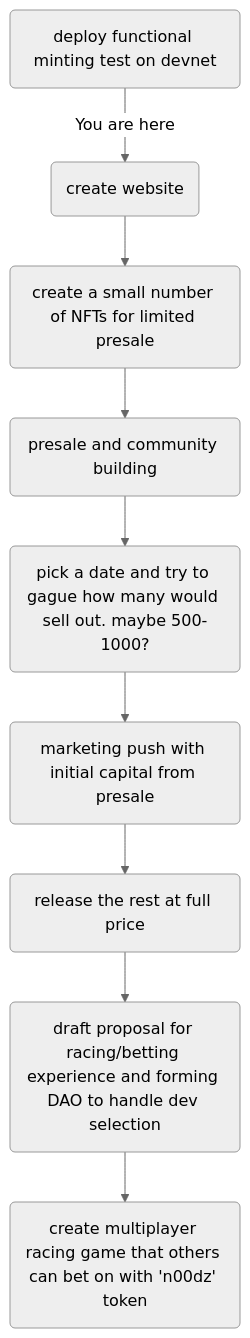
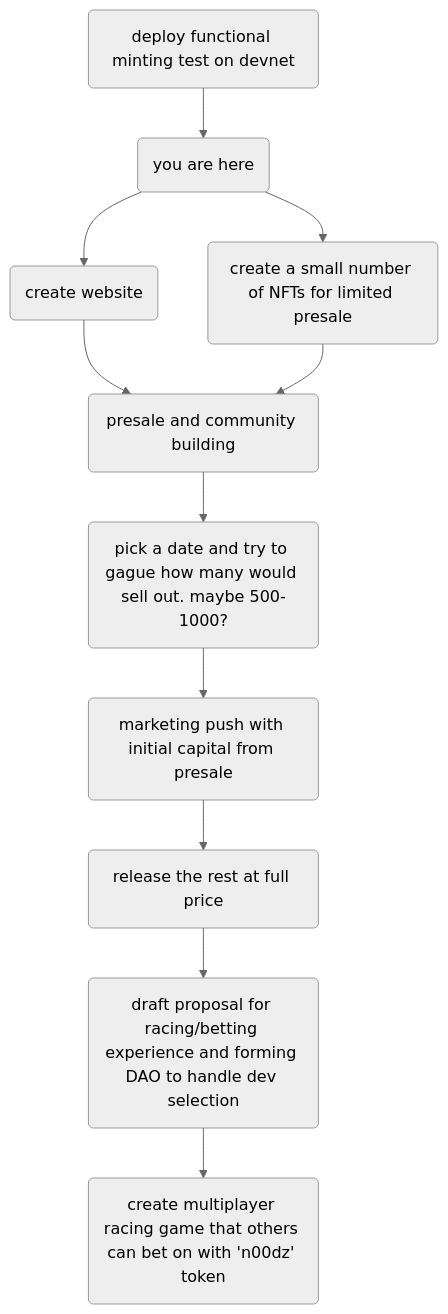
Before and after one commit to skittixch/DangerNoodle: the first of 2 diagrams in docs/index.md, drawn with Mermaid (neutral theme).

````diff
--- a/docs/index.md
+++ b/docs/index.md
@@ -10,11 +10,11 @@
 ```mermaid
 graph TD
-    A1(deploy functional minting test on devnet) --> |You are here| A2(create website)
-    A2 --> A(create a small number of NFTs for limited presale)
-    A --> B(presale and community building)
+    A1(deploy functional minting test on devnet) --> A2( you are here )
+    A2 --> A3(create website) & A(create a small number of NFTs for limited presale)
+    A3 & A --> B(presale and community building)
     B --> C(pick a date and try to gague how many would sell out. maybe 500-1000?)
     C --> D(marketing push with initial capital from presale)
     D --> E(release the rest at full price)
     E --> F(draft proposal for racing/betting experience and forming DAO to handle dev selection)
     F --> G(create multiplayer racing game that others can bet on with 'n00dz' token)
 ```
````
